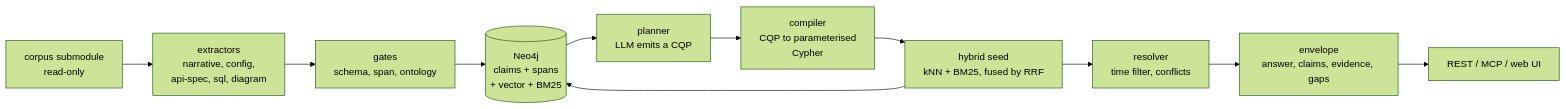
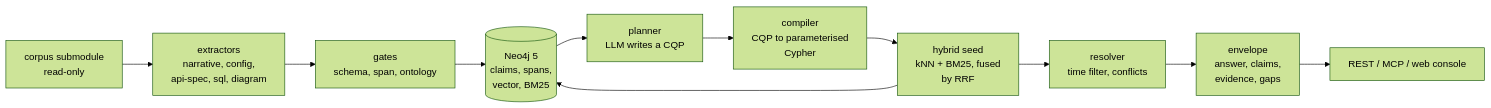
The diagram in README.md (Olek-on4/winning-context-app), drawn with Mermaid (forest theme) before and after one commit. The commit also changed other lines of this file, not shown here.

````diff
--- a/README.md
+++ b/README.md
@@ -42,13 +75,13 @@
 ```mermaid
 flowchart LR
     C["corpus submodule<br/>read-only"] --> X["extractors<br/>narrative, config,<br/>api-spec, sql, diagram"]
     X --> G["gates<br/>schema, span, ontology"]
-    G --> K[("Neo4j<br/>claims + spans<br/>+ vector + BM25")]
-    K --> P["planner<br/>LLM emits a CQP"]
+    G --> K[("Neo4j 5<br/>claims, spans,<br/>vector, BM25")]
+    K --> P["planner<br/>LLM writes a CQP"]
     P --> Q["compiler<br/>CQP to parameterised<br/>Cypher"]
-    Q --> H["hybrid seed<br/>kNN + BM25, fused by RRF"]
+    Q --> H["hybrid seed<br/>kNN + BM25, fused<br/>by RRF"]
     H --> R["resolver<br/>time filter, conflicts"]
     H --> K
-    R --> E["envelope<br/>answer, claims, evidence, gaps"]
-    E --> S["REST / MCP / web UI"]
+    R --> E["envelope<br/>answer, claims,<br/>evidence, gaps"]
+    E --> S["REST / MCP / web console"]
 ```
````
